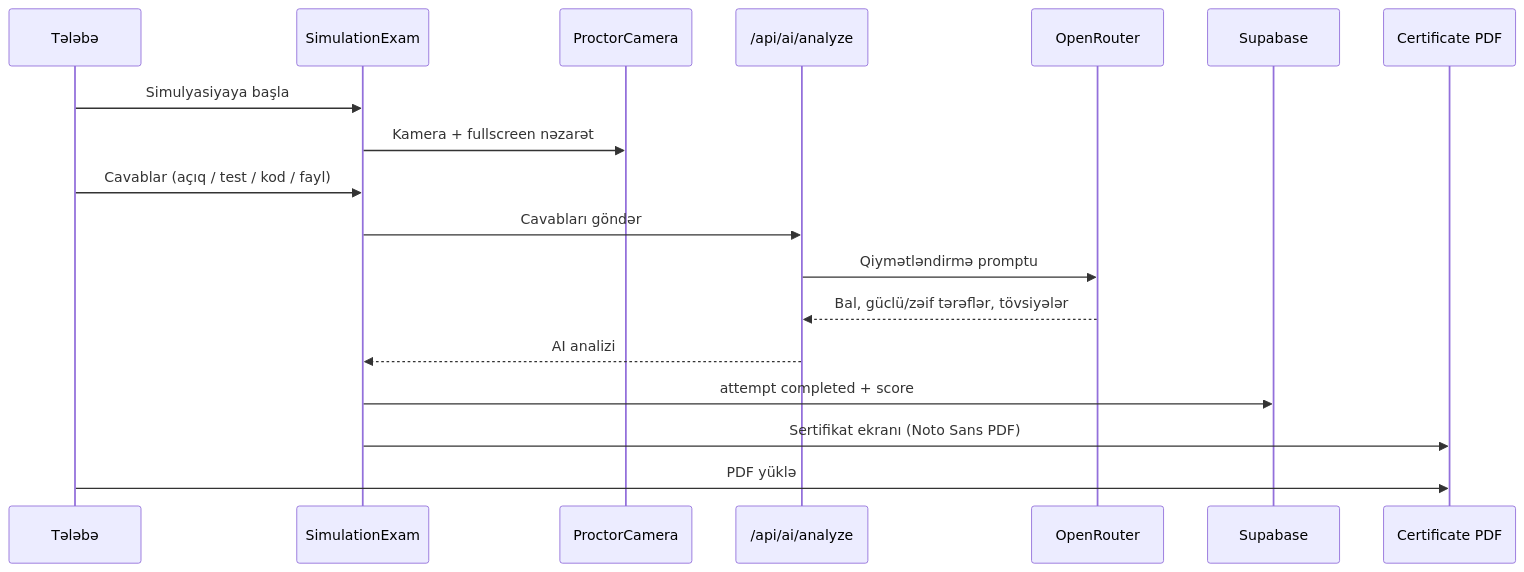
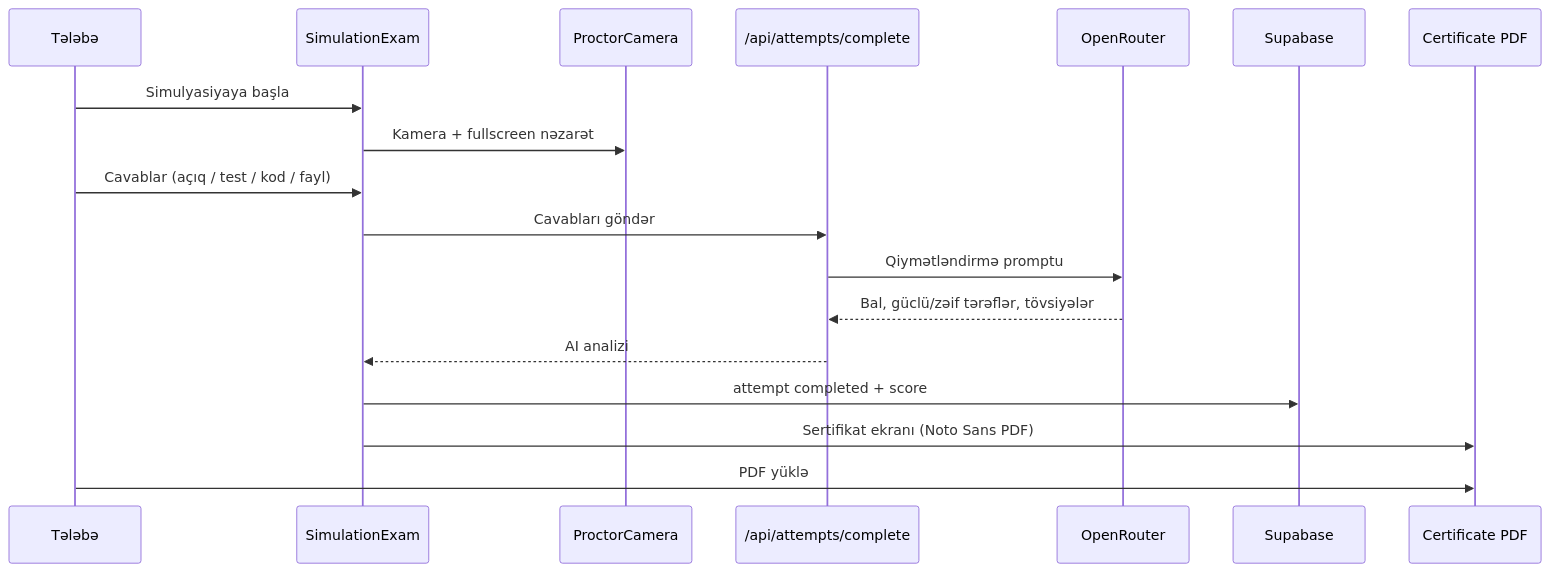
The second of 3 diagrams in README.md (Nemet2006/jobsim-ai), drawn with Mermaid before and after one commit. The commit also changed other lines of this file and 42 other files, not shown here.

````diff
--- a/README.md
+++ b/README.md
@@ -101,21 +103,21 @@
 ```mermaid
 sequenceDiagram
   participant S as Tələbə
   participant E as SimulationExam
   participant P as ProctorCamera
-  participant API as /api/ai/analyze
+  participant API as /api/attempts/complete
   participant AI as OpenRouter
   participant DB as Supabase
   participant C as Certificate PDF
 
   S->>E: Simulyasiyaya başla
   E->>P: Kamera + fullscreen nəzarət
   S->>E: Cavablar (açıq / test / kod / fayl)
   E->>API: Cavabları göndər
   API->>AI: Qiymətləndirmə promptu
   AI-->>API: Bal, güclü/zəif tərəflər, tövsiyələr
   API-->>E: AI analizi
   E->>DB: attempt completed + score
   E->>C: Sertifikat ekranı (Noto Sans PDF)
   S->>C: PDF yüklə
 ```
````
